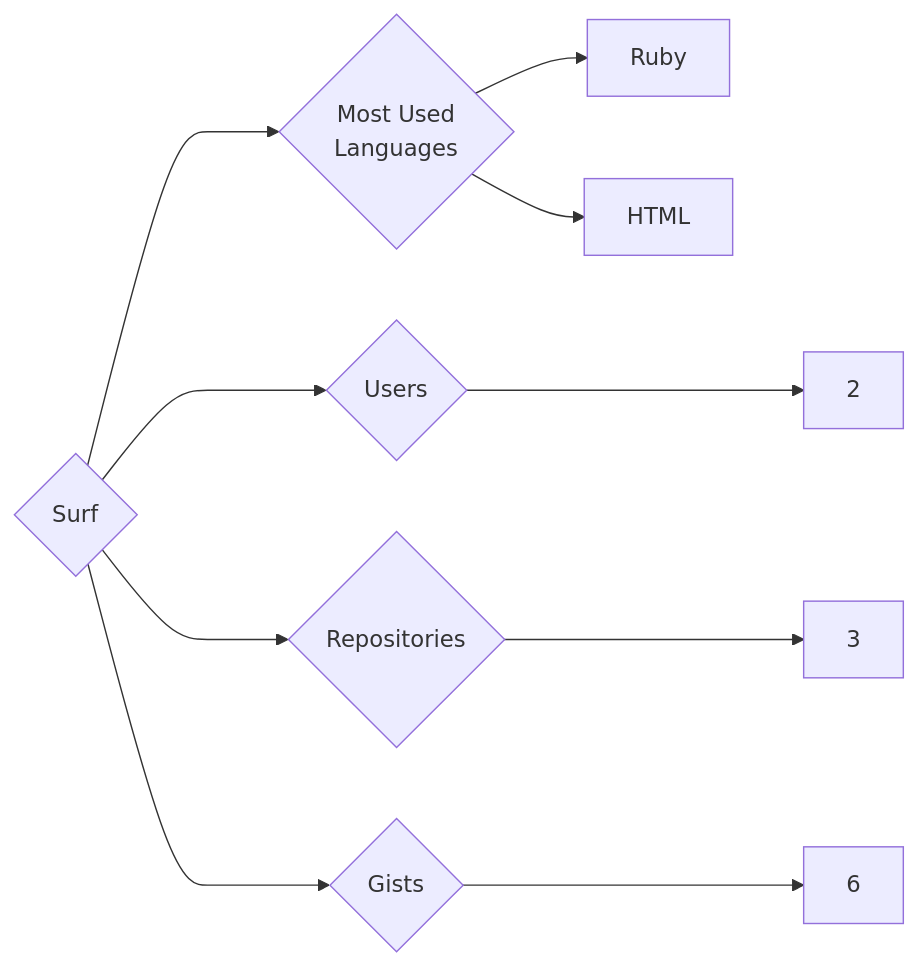
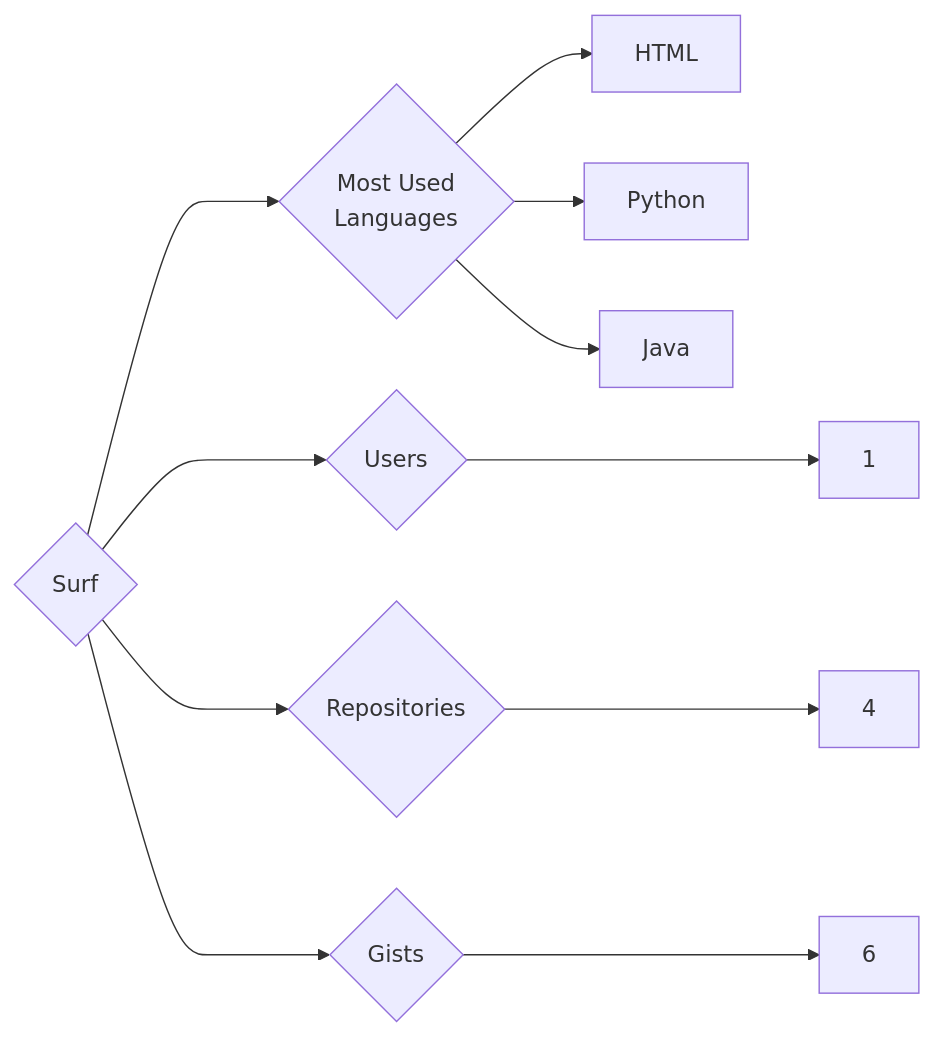
Before and after one commit to trickest/insiders: the diagram in targets/Surf/README.md, drawn with Mermaid. The commit also changed 870 other files, not shown here.

````diff
--- a/targets/Surf/README.md
+++ b/targets/Surf/README.md
@@ -3,10 +3,11 @@
 ```mermaid
 graph LR
 COMPANY_NAME{Surf}
-COMPANY_NAME ---> U{Users} ---> UN[2]
-COMPANY_NAME ---> R{Repositories} ---> RN[3]
+COMPANY_NAME ---> U{Users} ---> UN[1]
+COMPANY_NAME ---> R{Repositories} ---> RN[4]
 COMPANY_NAME ---> G{Gists} ---> GN[6]
 COMPANY_NAME ---> ML{Most Used<br>Languages}
-ML --> Ruby[Ruby]
 ML --> HTML[HTML]
+ML --> Python[Python]
+ML --> Java[Java]
 ```
````
